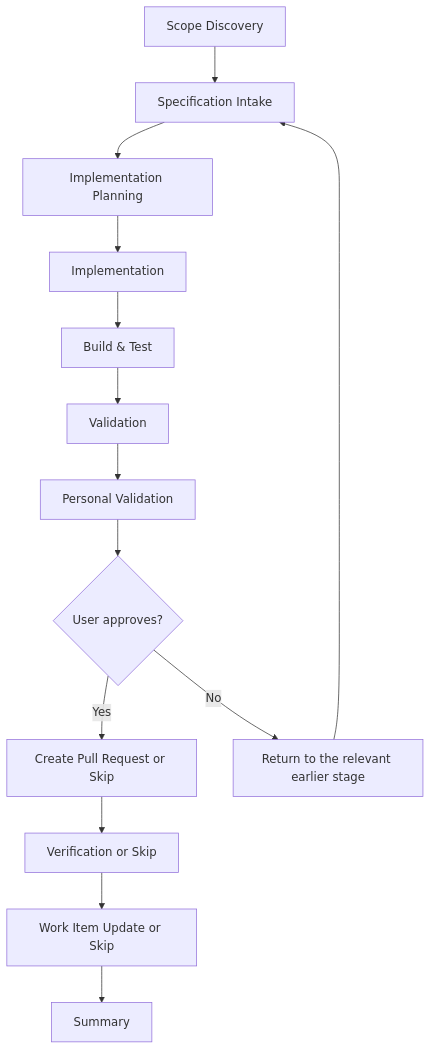
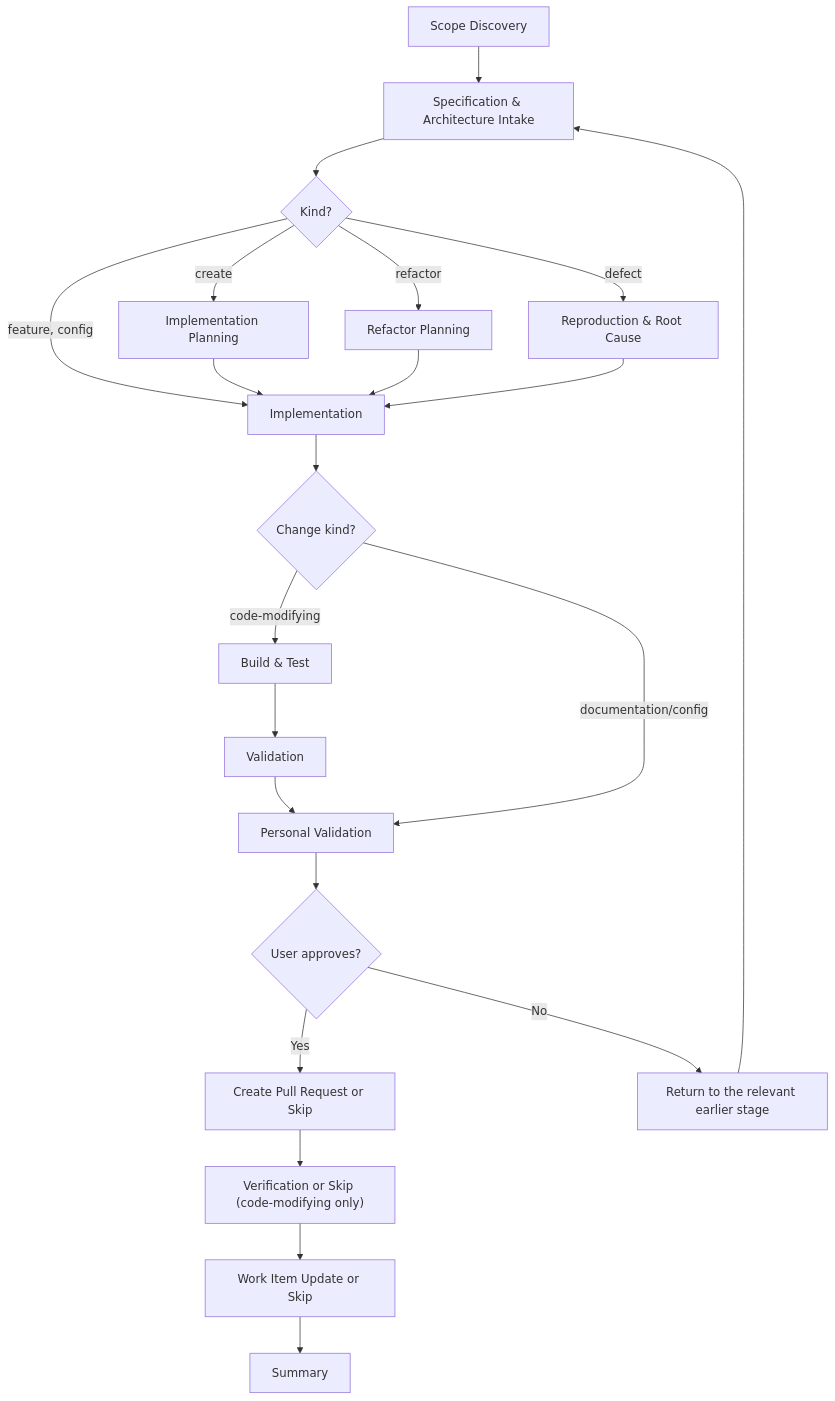
Before and after one commit to JSdotNet/devbook: the sixth of 7 diagrams in plugins/delivery/FLOW-DIAGRAMS.md, drawn with Mermaid. The commit also changed other lines of this file and 40 other files, not shown here.

First line of the commit message:
Fold the six code flows into flow-code

````diff
--- a/plugins/delivery/FLOW-DIAGRAMS.md
+++ b/plugins/delivery/FLOW-DIAGRAMS.md
@@ -306,16 +176,24 @@
 ```mermaid
 flowchart TD
-    S["Scope Discovery"] --> A["Specification Intake"]
-    A --> B["Implementation Planning"]
-    B --> C["Implementation"]
-    C --> D["Build & Test"]
-    D --> E["Validation"]
-    E --> F["Personal Validation"]
-    F --> G{User approves?}
-    G -->|Yes| H["Create Pull Request or Skip"]
-    G -->|No| I["Return to the relevant earlier stage"]
-    I --> A
-    H --> DU["Verification or Skip"]
+    S["Scope Discovery"] --> A["Specification & Architecture Intake"]
+    A --> K{Kind?}
+    K -->|create| P["Implementation Planning"]
+    K -->|refactor| R["Refactor Planning"]
+    K -->|defect| Q["Reproduction & Root Cause"]
+    K -->|feature, config| B
+    P --> B["Implementation"]
+    R --> B
+    Q --> B
+    B --> T{Change kind?}
+    T -->|code-modifying| C["Build & Test"]
+    C --> D["Validation"]
+    D --> E["Personal Validation"]
+    T -->|documentation/config| E
+    E --> F{User approves?}
+    F -->|Yes| G["Create Pull Request or Skip"]
+    F -->|No| H["Return to the relevant earlier stage"]
+    H --> A
+    G --> DU["Verification or Skip (code-modifying only)"]
     DU --> U["Work Item Update or Skip"]
-    U --> J["Summary"]
+    U --> I["Summary"]
 ```
````
